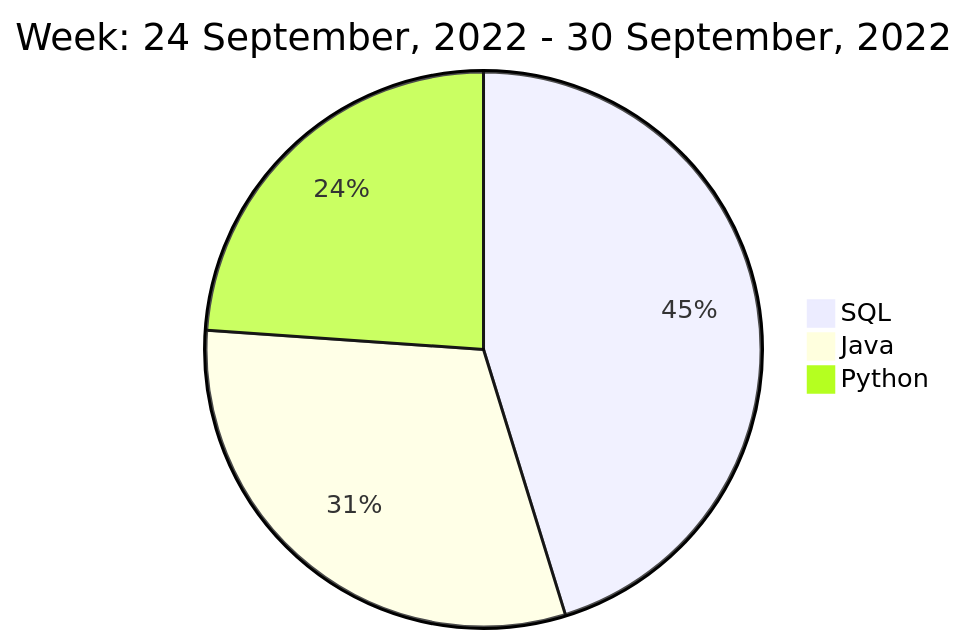
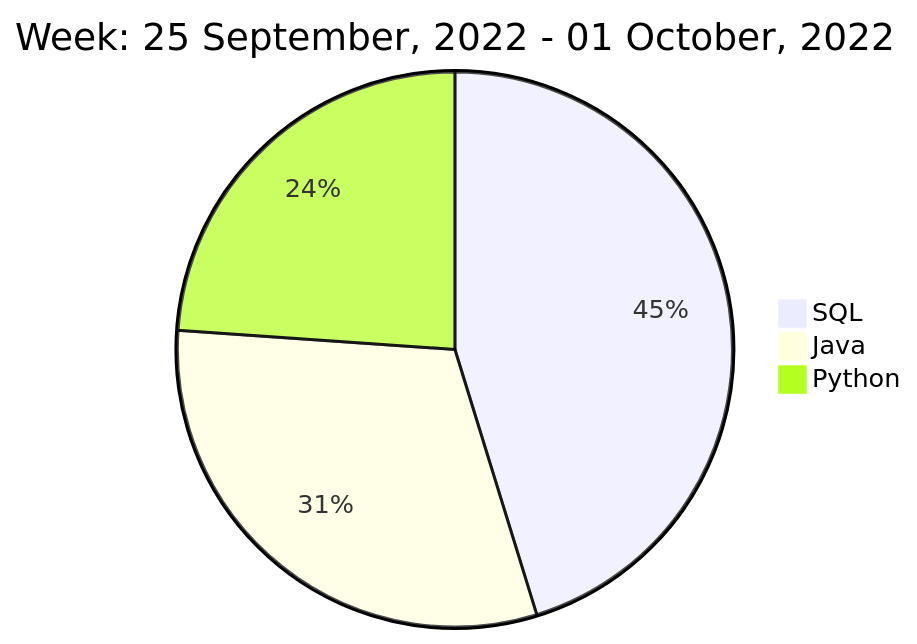
The diagram in README.md (liubin95/liubin95), drawn with Mermaid before and after one commit.

Commit message:
Updated the Graph with new Metrics

````diff
--- a/README.md
+++ b/README.md
@@ -40,7 +40,7 @@
 ```mermaid
  pie
-title Week: 24 September, 2022 - 30 September, 2022
+title Week: 25 September, 2022 - 01 October, 2022
  "SQL" : 3.37
  "Java" : 2.3
  "Python" : 1.78
 ```
````
